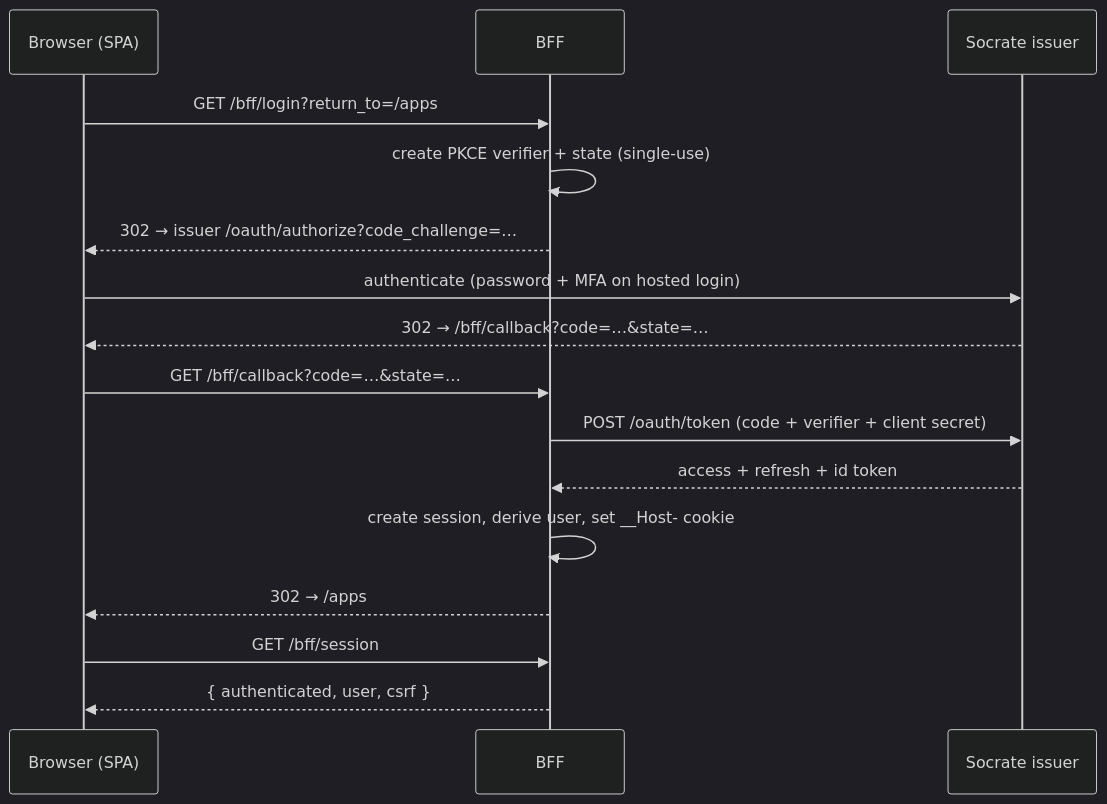
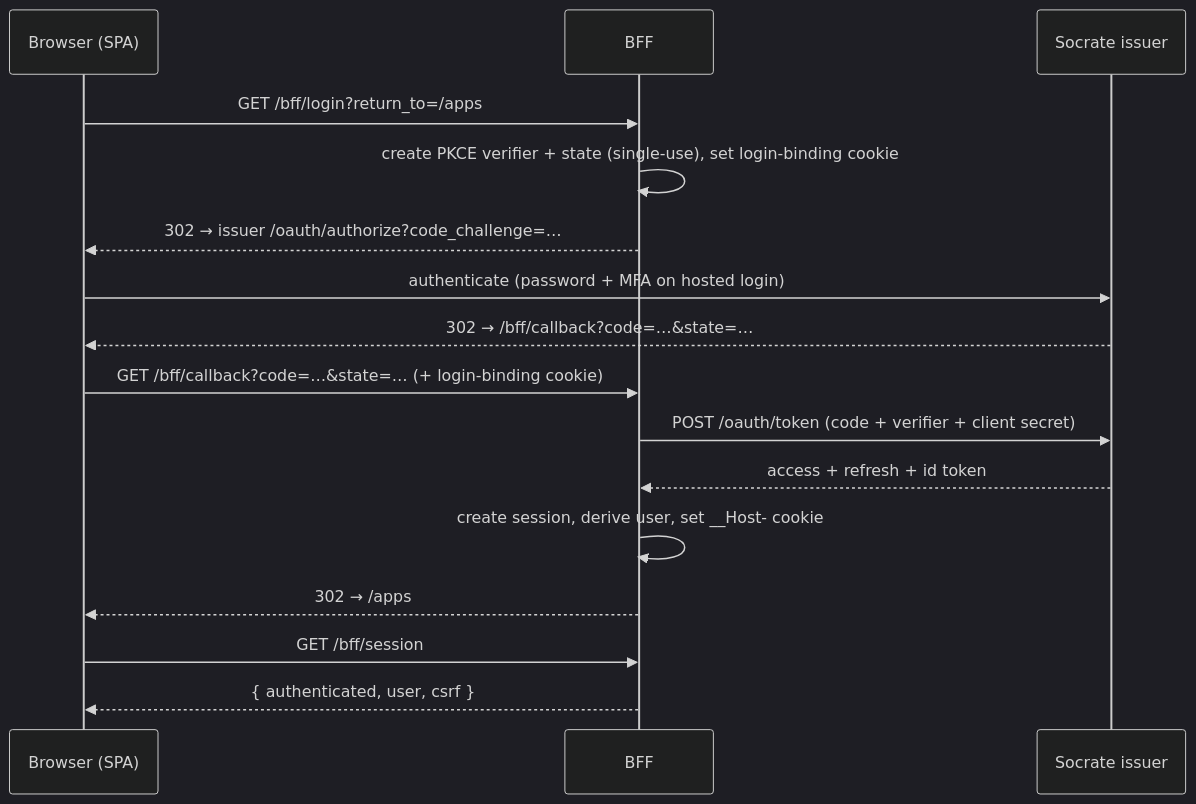
One commit to ovander/oauth2-admin changed the first of 2 diagrams in docs/architecture.md. Above: the diagram before and after it, drawn with Mermaid (dark theme). The commit also changed other lines of this file and 11 other files, not shown here.

````diff
--- a/docs/architecture.md
+++ b/docs/architecture.md
@@ -70,18 +79,18 @@
 ```mermaid
 sequenceDiagram
     participant B as Browser (SPA)
     participant F as BFF
     participant S as Socrate issuer
     B->>F: GET /bff/login?return_to=/apps
-    F->>F: create PKCE verifier + state (single-use)
+    F->>F: create PKCE verifier + state (single-use), set login-binding cookie
     F-->>B: 302 → issuer /oauth/authorize?code_challenge=…
     B->>S: authenticate (password + MFA on hosted login)
     S-->>B: 302 → /bff/callback?code=…&state=…
-    B->>F: GET /bff/callback?code=…&state=…
+    B->>F: GET /bff/callback?code=…&state=… (+ login-binding cookie)
     F->>S: POST /oauth/token (code + verifier + client secret)
     S-->>F: access + refresh + id token
     F->>F: create session, derive user, set __Host- cookie
     F-->>B: 302 → /apps
     B->>F: GET /bff/session
     F-->>B: { authenticated, user, csrf }
 ```
````
